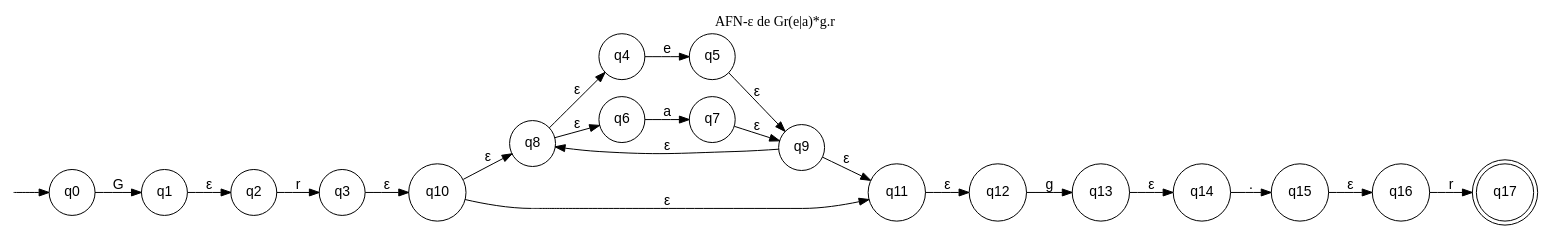
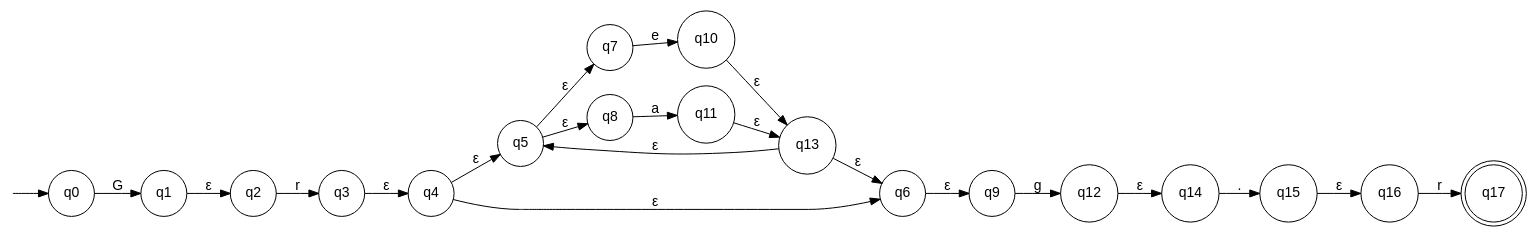
One commit to YounesMansous/DAAR1 changed the diagram in rapport/figures/filrouge_afn.dot. Above: the diagram before and after it, drawn with Graphviz. The commit also changed 7 other files, not shown here.

```diff
--- a/rapport/figures/filrouge_afn.dot
+++ b/rapport/figures/filrouge_afn.dot
@@ -1,47 +1,45 @@
 digraph automate {
   rankdir=LR;
-  label="AFN-ε de Gr(e|a)*g.r";
-  labelloc=t;
   node [shape=circle, fontname="Helvetica"];
   edge [fontname="Helvetica"];
   debut [shape=point, width=0];
   q0;
   q1;
   q2;
   q3;
   q4;
   q5;
   q6;
   q7;
   q8;
   q9;
   q10;
   q11;
   q12;
   q13;
   q14;
   q15;
   q16;
   q17 [shape=doublecircle];
   debut -> q0;
   q0 -> q1 [label="G"];
   q1 -> q2 [label="ε"];
   q2 -> q3 [label="r"];
-  q3 -> q10 [label="ε"];
-  q4 -> q5 [label="e"];
-  q5 -> q9 [label="ε"];
-  q6 -> q7 [label="a"];
-  q7 -> q9 [label="ε"];
-  q8 -> q4 [label="ε"];
-  q8 -> q6 [label="ε"];
-  q9 -> q8 [label="ε"];
-  q9 -> q11 [label="ε"];
-  q10 -> q8 [label="ε"];
-  q10 -> q11 [label="ε"];
-  q11 -> q12 [label="ε"];
-  q12 -> q13 [label="g"];
-  q13 -> q14 [label="ε"];
+  q3 -> q4 [label="ε"];
+  q4 -> q5 [label="ε"];
+  q4 -> q6 [label="ε"];
+  q5 -> q7 [label="ε"];
+  q5 -> q8 [label="ε"];
+  q6 -> q9 [label="ε"];
+  q7 -> q10 [label="e"];
+  q8 -> q11 [label="a"];
+  q9 -> q12 [label="g"];
+  q10 -> q13 [label="ε"];
+  q11 -> q13 [label="ε"];
+  q12 -> q14 [label="ε"];
+  q13 -> q5 [label="ε"];
+  q13 -> q6 [label="ε"];
   q14 -> q15 [label="."];
   q15 -> q16 [label="ε"];
   q16 -> q17 [label="r"];
 }
```
